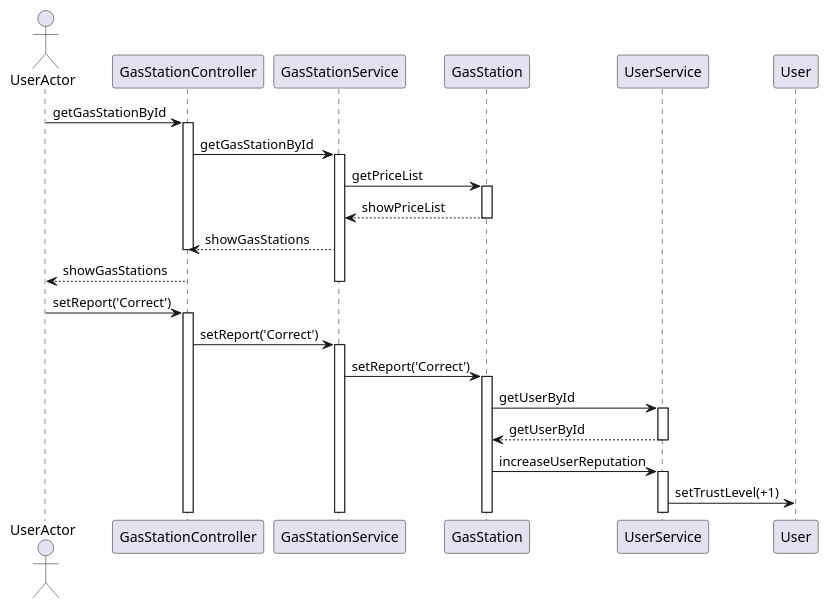
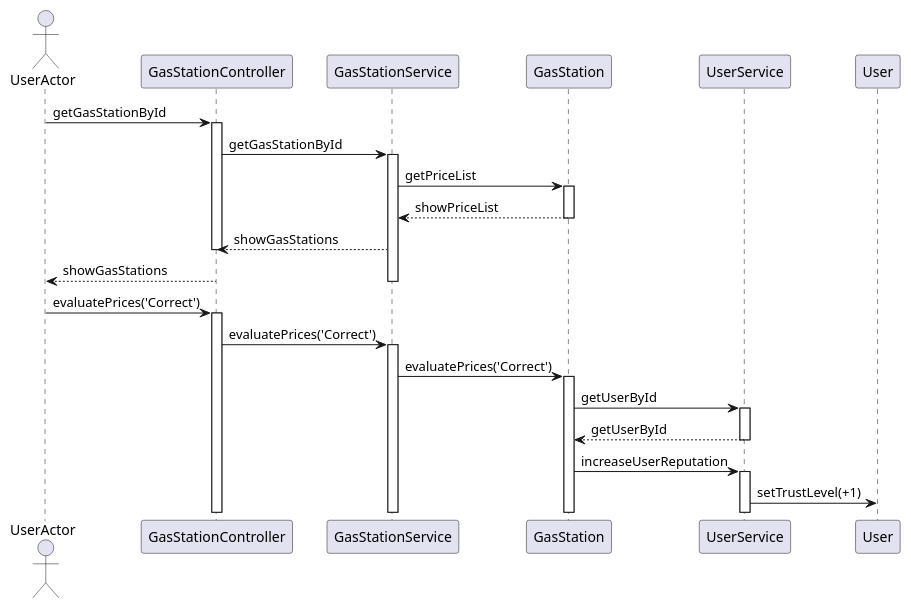
The seventh of 7 diagrams in docs/DesignDocument.md (giovannitangredi/SEIProject), drawn with PlantUML before and after one commit. The commit also changed other lines of this file, not shown here.

````diff
--- a/docs/DesignDocument.md
+++ b/docs/DesignDocument.md
@@ -728,44 +718,44 @@
 ```plantuml
 @startuml
 actor UserActor
     UserActor -> GasStationController: getGasStationById
     activate GasStationController
 
     GasStationController -> GasStationService: getGasStationById
     activate GasStationService
 
     GasStationService -> GasStation: getPriceList
     activate GasStation
 
     GasStation --> GasStationService: showPriceList
     deactivate GasStation
 
     GasStationService --> GasStationController: showGasStations
     deactivate GasStationController
 
     GasStationController --> UserActor: showGasStations
     deactivate GasStationService
 
-    UserActor -> GasStationController: setReport('Correct')
+    UserActor -> GasStationController: evaluatePrices('Correct')
     activate GasStationController
 
-    GasStationController -> GasStationService: setReport('Correct')
+    GasStationController -> GasStationService: evaluatePrices('Correct')
     activate GasStationService
 
-    GasStationService -> GasStation: setReport('Correct')
+    GasStationService -> GasStation: evaluatePrices('Correct')
     activate GasStation
 
     GasStation -> UserService: getUserById
     activate UserService
 
     UserService --> GasStation : getUserById
     deactivate UserService
 
     GasStation -> UserService: increaseUserReputation
     activate UserService
 
     UserService -> User: setTrustLevel(+1)
     
 @enduml
 
 ```
````
